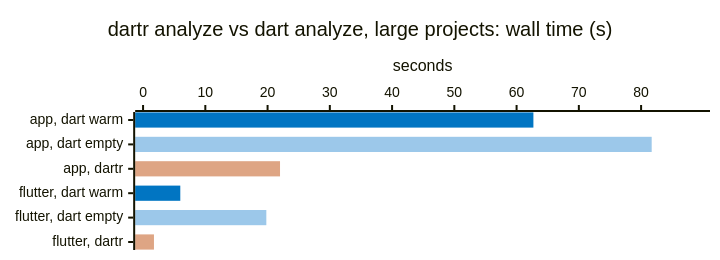
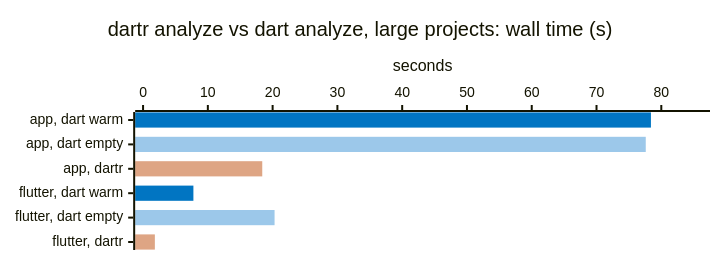
The first of 15 diagrams in docs/BENCHMARKS.md (orestesgaolin/dartr), drawn with Mermaid before and after one commit. The commit also changed other lines of this file and 3 other files, not shown here.

````diff
--- a/docs/BENCHMARKS.md
+++ b/docs/BENCHMARKS.md
@@ -17,18 +17,18 @@
 ```mermaid
 ---
 config:
   xyChart:
     height: 240
   themeVariables:
     xyChart:
       plotColorPalette: "#0175C2, #9CC8EA, #DEA584"
 ---
 xychart-beta horizontal
     %% -100 = no bar: one series per measurement gives each its own color
     title "dartr analyze vs dart analyze, large projects: wall time (s)"
     x-axis ["app, dart warm", "app, dart empty", "app, dartr", "flutter, dart warm", "flutter, dart empty", "flutter, dartr"]
-    y-axis "seconds" 0 --> 89.8
-    bar [62.7, -100, -100, 5.98, -100, -100]
-    bar [-100, 81.7, -100, -100, 19.8, -100]
-    bar [-100, -100, 22.0, -100, -100, 1.75]
+    y-axis "seconds" 0 --> 86.3
+    bar [78.4, -100, -100, 7.77, -100, -100]
+    bar [-100, 77.6, -100, -100, 20.3, -100]
+    bar [-100, -100, 18.4, -100, -100, 1.82]
 ```
````
